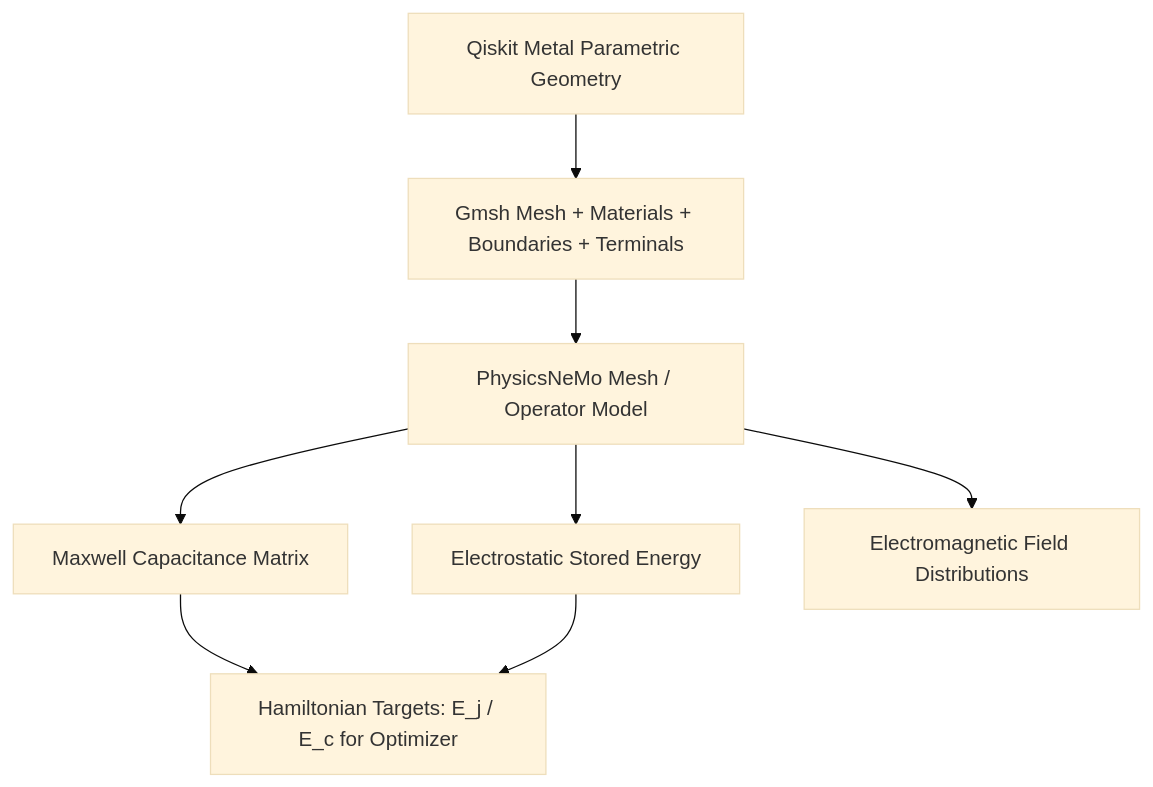
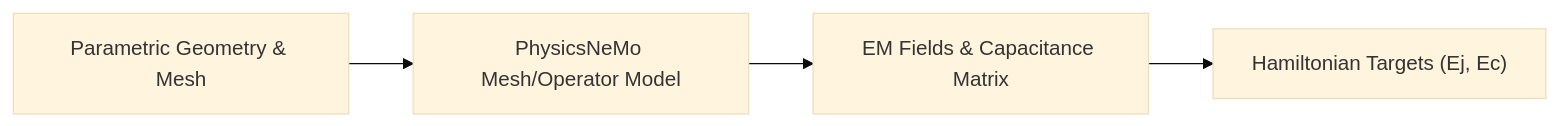
The diagram in Opt/Quantum_Opt_Pipeline/docs/roadmap.md (recursion2612/metal-flow), drawn with Mermaid (base theme) before and after one commit. The commit also changed 3 other files, not shown here.

Commit message:
docs: simplify architecture flowcharts to abstract horizontal blocks across README and docs

````diff
--- a/Opt/Quantum_Opt_Pipeline/docs/roadmap.md
+++ b/Opt/Quantum_Opt_Pipeline/docs/roadmap.md
@@ -28,10 +28,6 @@
 ```mermaid
-flowchart TD
-    A["Qiskit Metal Parametric Geometry"] --> B["Gmsh Mesh + Materials + Boundaries + Terminals"]
-    B --> C["PhysicsNeMo Mesh / Operator Model"]
-    C --> D1["Maxwell Capacitance Matrix"]
-    C --> D2["Electrostatic Stored Energy"]
-    C --> D3["Electromagnetic Field Distributions"]
-    D1 --> E["Hamiltonian Targets: E_j / E_c for Optimizer"]
-    D2 --> E
+flowchart LR
+    A["Parametric Geometry & Mesh"] --> B["PhysicsNeMo Mesh/Operator Model"]
+    B --> C["EM Fields & Capacitance Matrix"]
+    C --> D["Hamiltonian Targets (Ej, Ec)"]
 ```
````
